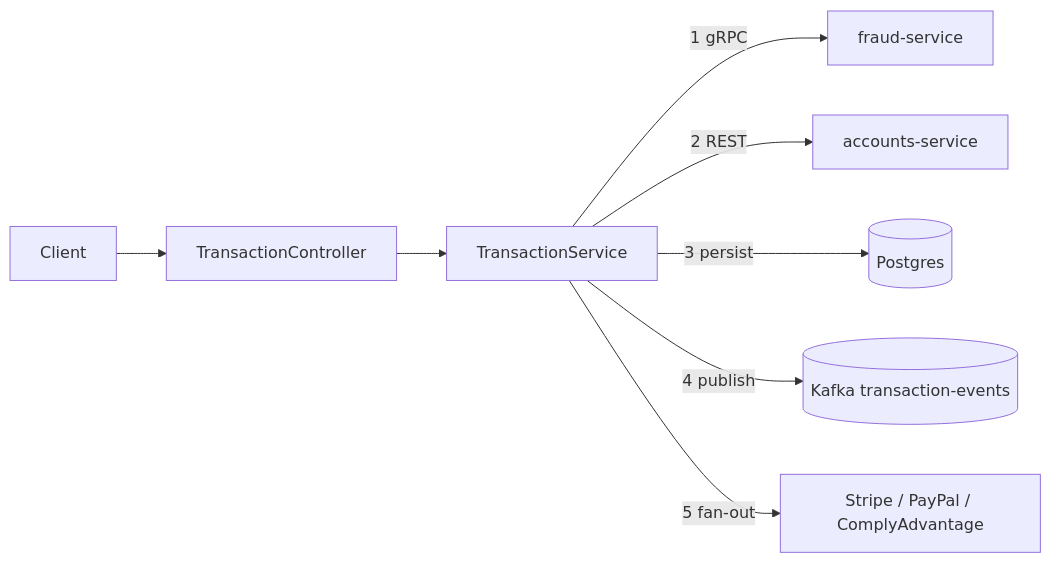
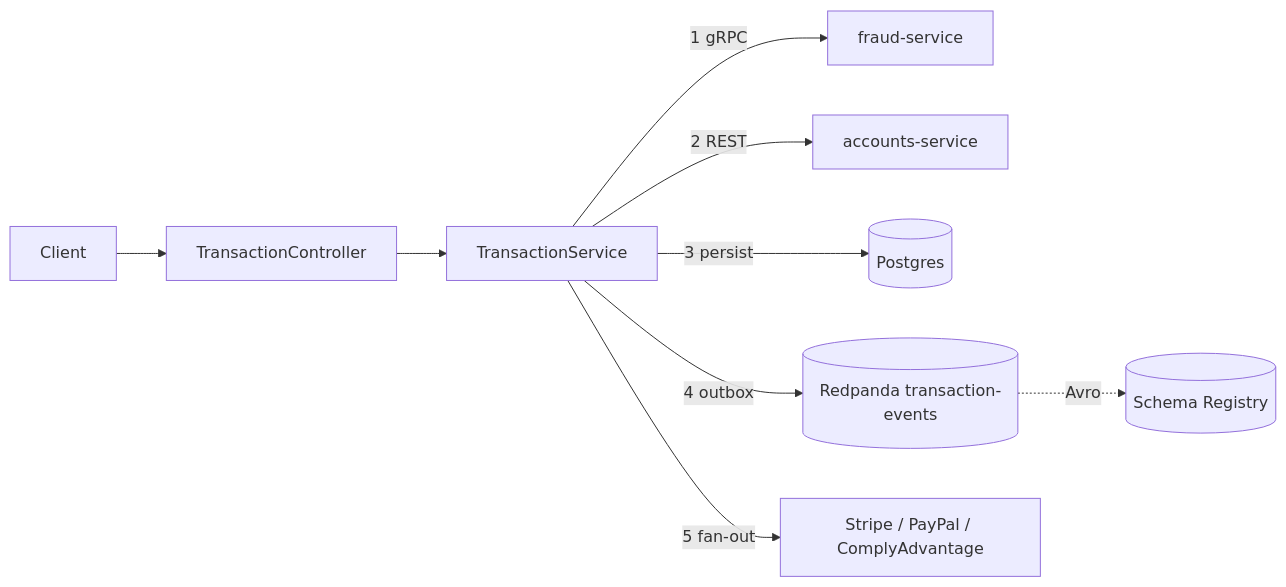
Before and after one commit to dipjyotimetia/distributed-systems: the diagram in docs/specs/transaction-processing/design.md, drawn with Mermaid. The commit also changed other lines of this file and 8 other files, not shown here.

````diff
--- a/docs/specs/transaction-processing/design.md
+++ b/docs/specs/transaction-processing/design.md
@@ -9,9 +9,10 @@
 ```mermaid
 flowchart LR
   c[Client] --> ctrl[TransactionController] --> svc[TransactionService]
   svc -->|1 gRPC| fraud[fraud-service]
   svc -->|2 REST| acc[accounts-service]
   svc -->|3 persist| pg[(Postgres)]
-  svc -->|4 publish| k[(Kafka transaction-events)]
+  svc -->|4 outbox| k[(Redpanda transaction-events)]
+  k -.->|Avro| sr[(Schema Registry)]
   svc -->|5 fan-out| pay[Stripe / PayPal / ComplyAdvantage]
 ```
````
